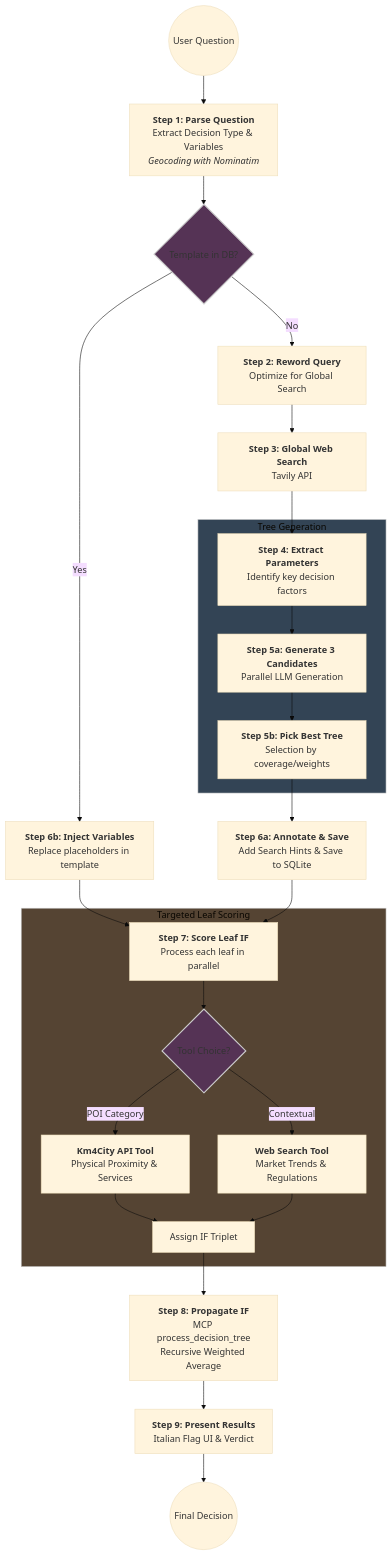
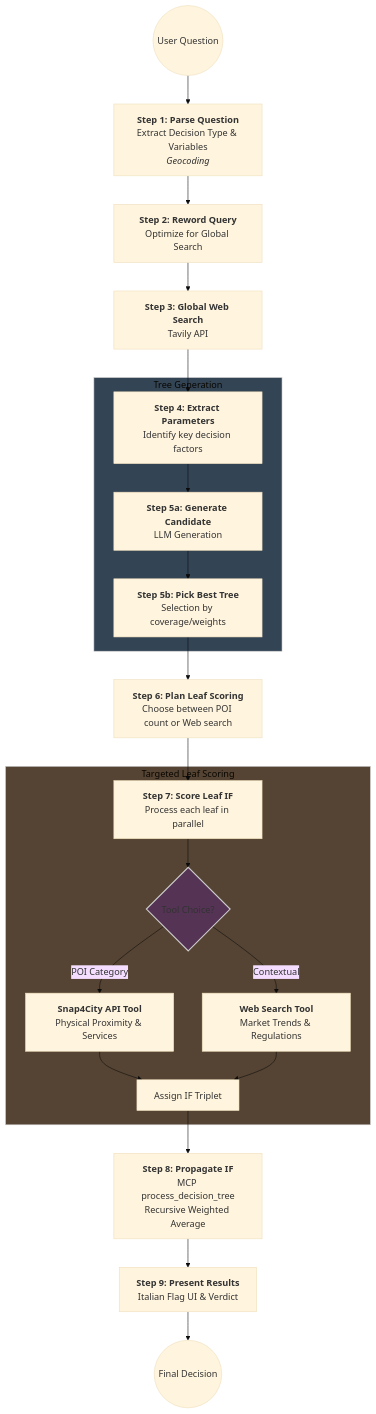
Before and after one commit to deltaplanoo/Agentic-Probability-Engine: the first of 2 diagrams in README.md, drawn with Mermaid (base theme). The commit also changed other lines of this file and 6 other files, not shown here.

````diff
--- a/README.md
+++ b/README.md
@@ -4,45 +4,37 @@
 ```mermaid
 graph TD
     %% Entry Point
-    Start((User Question)) --> Parse[<b>Step 1: Parse Question</b><br/>Extract Decision Type & Variables<br/><i>Geocoding with Nominatim</i>]
+    Start((User Question)) --> Parse[<b>Step 1: Parse Question</b><br/>Extract Decision Type & Variables<br/><i>Geocoding</i>]
     
-    %% Routing logic
-    Parse --> CheckDB{Template in DB?}
-    %% Path A: Reusing Template
-    CheckDB -- Yes --> Inject[<b>Step 6b: Inject Variables</b><br/>Replace placeholders in template]
-    Inject --> Score
-
-    %% Path B: New Template Generation
-    CheckDB -- No --> Reword[<b>Step 2: Reword Query</b><br/>Optimize for Global Search]
+    Parse --> Reword[<b>Step 2: Reword Query</b><br/>Optimize for Global Search]
     Reword --> GlobalSearch[<b>Step 3: Global Web Search</b><br/>Tavily API]
     GlobalSearch --> ExtractParams[<b>Step 4: Extract Parameters</b><br/>Identify key decision factors]
 
     subgraph Parallel_Generation [Tree Generation]
-        ExtractParams --> GenTrees[<b>Step 5a: Generate 3 Candidates</b><br/>Parallel LLM Generation]
+        ExtractParams --> GenTrees[<b>Step 5a: Generate Candidate</b><br/>LLM Generation]
         GenTrees --> PickBest[<b>Step 5b: Pick Best Tree</b><br/>Selection by coverage/weights]
     end
     
-    PickBest --> Annotate[<b>Step 6a: Annotate & Save</b><br/>Add Search Hints & Save to SQLite]
-    Annotate --> Score
+    PickBest --> PlanScoring[<b>Step 6: Plan Leaf Scoring</b><br/>Choose between POI count or Web search]
+    PlanScoring --> Score
 
     %% Core Scoring Logic
     subgraph Leaf_Scoring [Targeted Leaf Scoring]
         Score[<b>Step 7: Score Leaf IF</b><br/>Process each leaf in parallel]
         Score --> Choice{Tool Choice?}
-        Choice -- POI Category --> POITool[<b>Km4City API Tool</b><br/>Physical Proximity & Services]
+        Choice -- POI Category --> POITool[<b>Snap4City API Tool</b><br/>Physical Proximity & Services]
         Choice -- Contextual --> WebTool[<b>Web Search Tool</b><br/>Market Trends & Regulations]
         POITool --> AggResults[Assign IF Triplet]
         WebTool --> AggResults
     end
     
     %% Final Calculation
     AggResults --> Propagate[<b>Step 8: Propagate IF</b><br/>MCP process_decision_tree<br/>Recursive Weighted Average]
     Propagate --> Display[<b>Step 9: Present Results</b><br/>Italian Flag UI & Verdict]
     Display --> End((Final Decision))
     
     %% Styling
-    style CheckDB fill:#535,stroke:#ccc,stroke-width:2px
     style Choice fill:#535,stroke:#ccc,stroke-width:2px
     style Parallel_Generation fill:#345,stroke:#ccc
     style Leaf_Scoring fill:#543,stroke:#ccc
 ```
````
